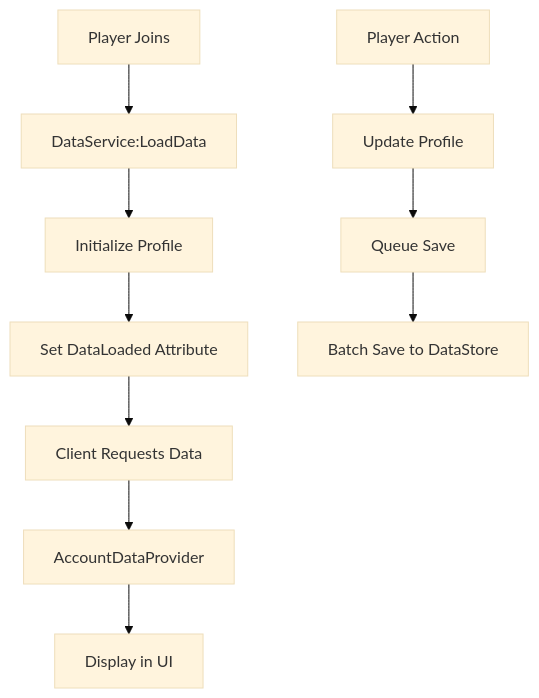
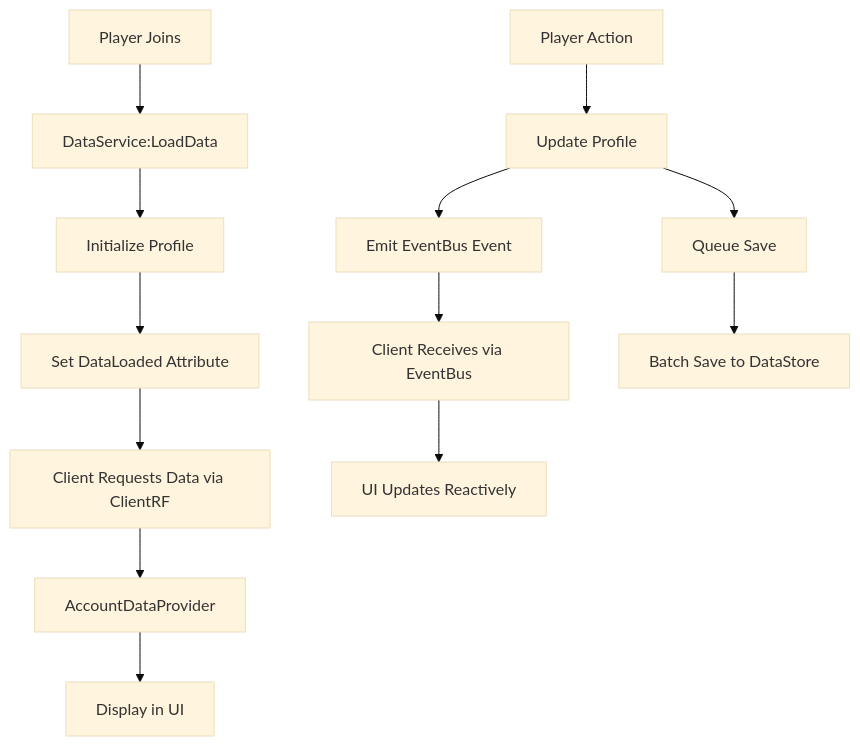
The diagram in docs/ACCOUNT_SYSTEM.md (wagner-austin/mining-game), drawn with Mermaid (base theme) before and after one commit. The commit also changed other lines of this file, not shown here.

First line of the commit message:
docs(account): update account system for EventBus + RFRegistry architecture

````diff
--- a/docs/ACCOUNT_SYSTEM.md
+++ b/docs/ACCOUNT_SYSTEM.md
@@ -28,13 +33,16 @@
 ```mermaid
 graph TD
     A[Player Joins] --> B[DataService:LoadData]
     B --> C[Initialize Profile]
     C --> D[Set DataLoaded Attribute]
-    D --> E[Client Requests Data]
+    D --> E[Client Requests Data via ClientRF]
     E --> F[AccountDataProvider]
     F --> G[Display in UI]
     
     H[Player Action] --> I[Update Profile]
-    I --> J[Queue Save]
-    J --> K[Batch Save to DataStore]
+    I --> J[Emit EventBus Event]
+    J --> K[Client Receives via EventBus]
+    K --> L[UI Updates Reactively]
+    I --> M[Queue Save]
+    M --> N[Batch Save to DataStore]
 ```
````
